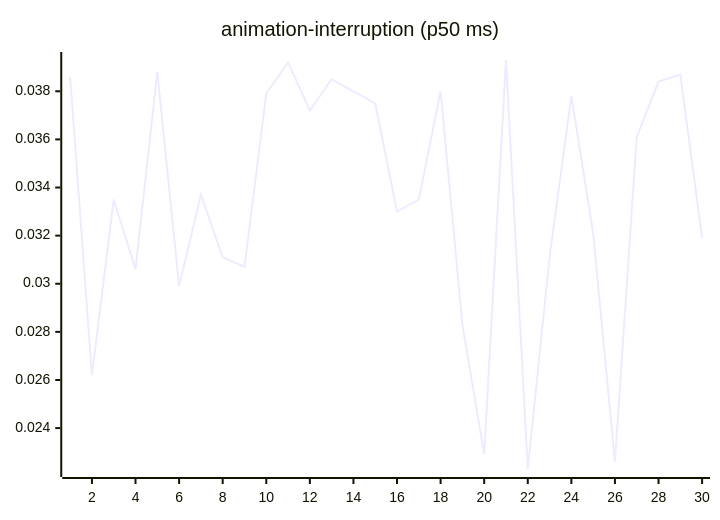
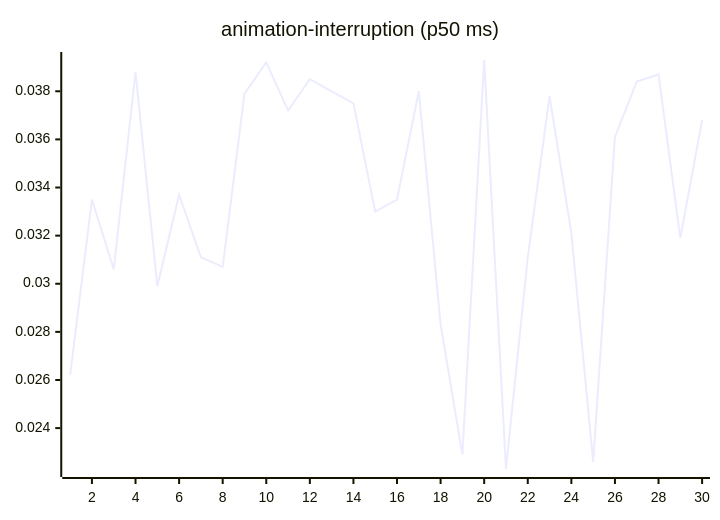
The third of 27 diagrams in README.md (josha/Facet), drawn with Mermaid before and after one commit. The commit also changed other lines of this file and 2 other files, not shown here.

````diff
--- a/README.md
+++ b/README.md
@@ -77,6 +77,6 @@
 ```mermaid
 xychart-beta
     title "animation-interruption (p50 ms)"
     x-axis 1 --> 30
-    line [0.0386, 0.0262, 0.0335, 0.0306, 0.0388, 0.0299, 0.0337, 0.0311, 0.0307, 0.0379, 0.0392, 0.0372, 0.0385, 0.0380, 0.0375, 0.0330, 0.0335, 0.0380, 0.0283, 0.0229, 0.0393, 0.0223, 0.0311, 0.0378, 0.0321, 0.0226, 0.0361, 0.0384, 0.0387, 0.0319]
+    line [0.0262, 0.0335, 0.0306, 0.0388, 0.0299, 0.0337, 0.0311, 0.0307, 0.0379, 0.0392, 0.0372, 0.0385, 0.0380, 0.0375, 0.0330, 0.0335, 0.0380, 0.0283, 0.0229, 0.0393, 0.0223, 0.0311, 0.0378, 0.0321, 0.0226, 0.0361, 0.0384, 0.0387, 0.0319, 0.0368]
 ```
````
